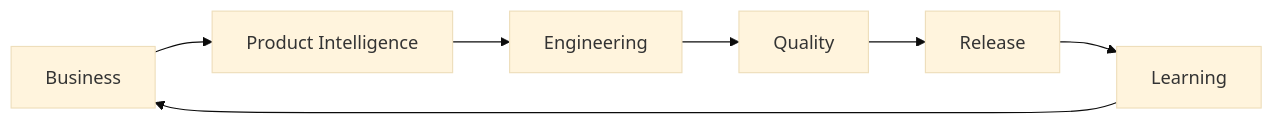
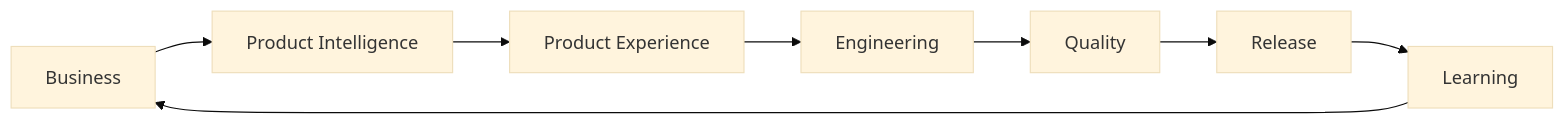
The second of 2 diagrams in lifecycle/README.md (thyags/method-ceip), drawn with Mermaid (base theme) before and after one commit. The commit also changed other lines of this file and 130 other files, not shown here.

Commit message:
Add product experience system to CEIP

````diff
--- a/lifecycle/README.md
+++ b/lifecycle/README.md
@@ -38,9 +38,10 @@
 ```mermaid
 flowchart LR
     A["Business"] --> B["Product Intelligence"]
-    B --> C["Engineering"]
-    C --> D["Quality"]
-    D --> E["Release"]
-    E --> F["Learning"]
-    F --> A
+    B --> C["Product Experience"]
+    C --> D["Engineering"]
+    D --> E["Quality"]
+    E --> F["Release"]
+    F --> G["Learning"]
+    G --> A
 ```
````
